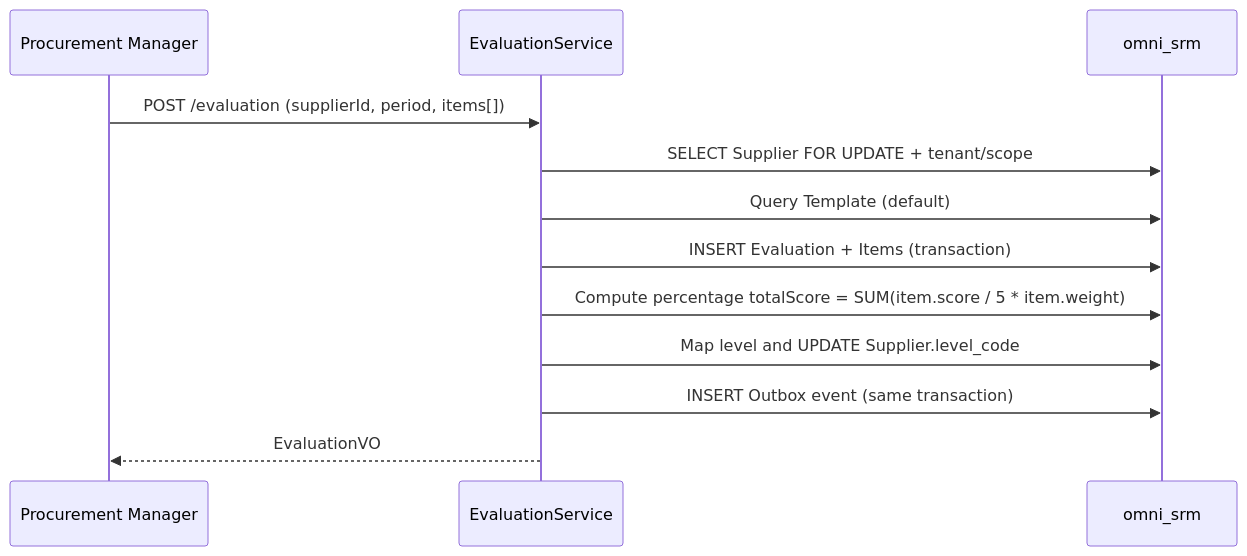
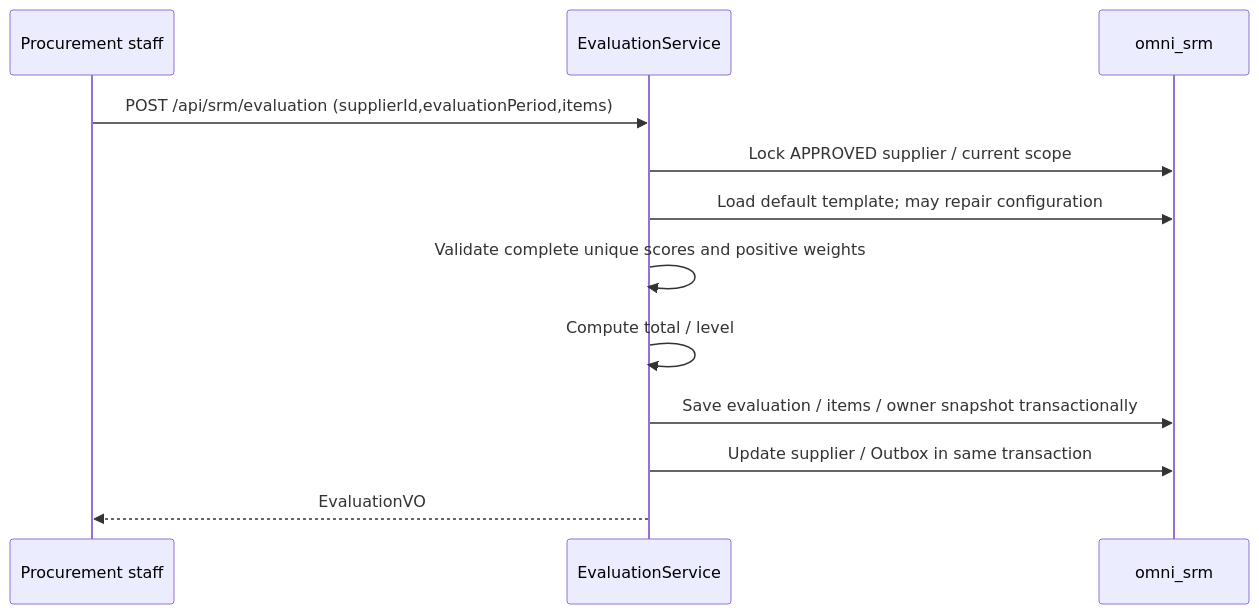
Before and after one commit to wang-baohai/Omni-Stack: the fourth of 5 diagrams in docs/design/srm-design.en.md, drawn with Mermaid. The commit also changed other lines of this file and 1095 other files, not shown here.

````diff
--- a/docs/design/srm-design.en.md
+++ b/docs/design/srm-design.en.md
@@ -286,15 +289,14 @@
 ```mermaid
 sequenceDiagram
-    participant M as Procurement Manager
+    participant M as Procurement staff
     participant S as EvaluationService
     participant DB as omni_srm
-
-    M->>S: POST /evaluation (supplierId, period, items[])
-    S->>DB: SELECT Supplier FOR UPDATE + tenant/scope
-    S->>DB: Query Template (default)
-    S->>DB: INSERT Evaluation + Items (transaction)
-    S->>DB: Compute percentage totalScore = SUM(item.score / 5 * item.weight)
-    S->>DB: Map level and UPDATE Supplier.level_code
-    S->>DB: INSERT Outbox event (same transaction)
+    M->>S: POST /api/srm/evaluation (supplierId,evaluationPeriod,items)
+    S->>DB: Lock APPROVED supplier / current scope
+    S->>DB: Load default template#59; may repair configuration
+    S->>S: Validate complete unique scores and positive weights
+    S->>S: Compute total / level
+    S->>DB: Save evaluation / items / owner snapshot transactionally
+    S->>DB: Update supplier / Outbox in same transaction
     S-->>M: EvaluationVO
 ```
````
